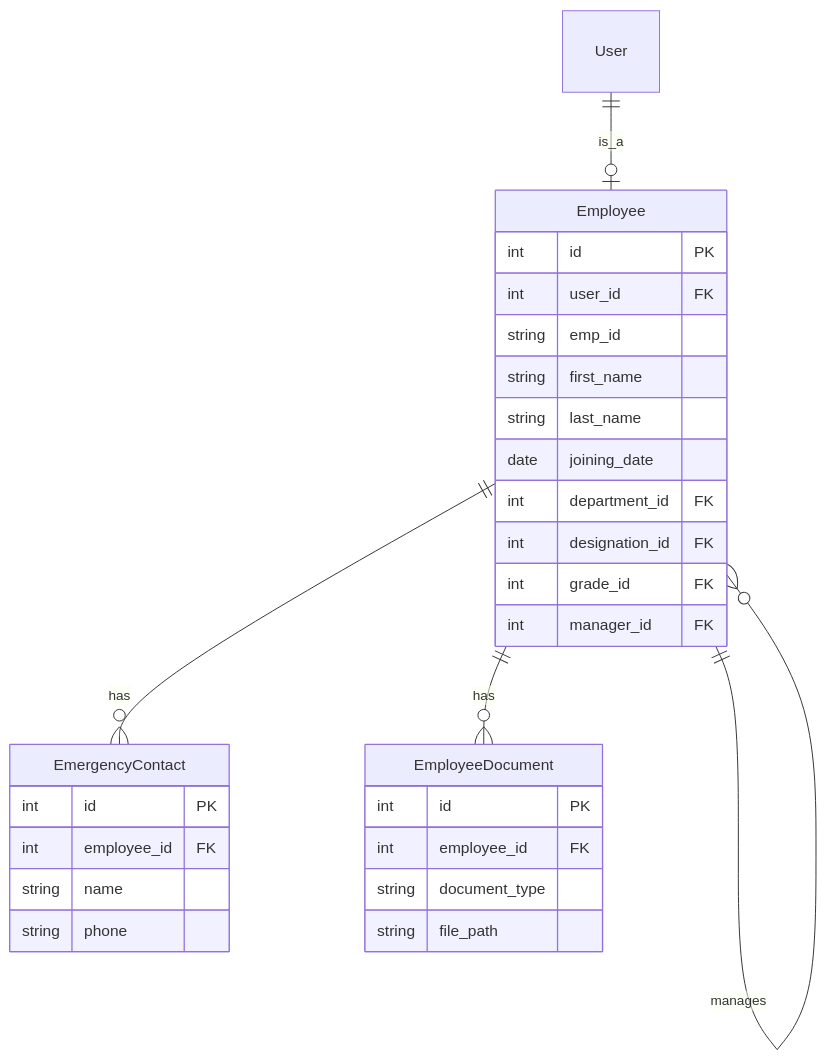
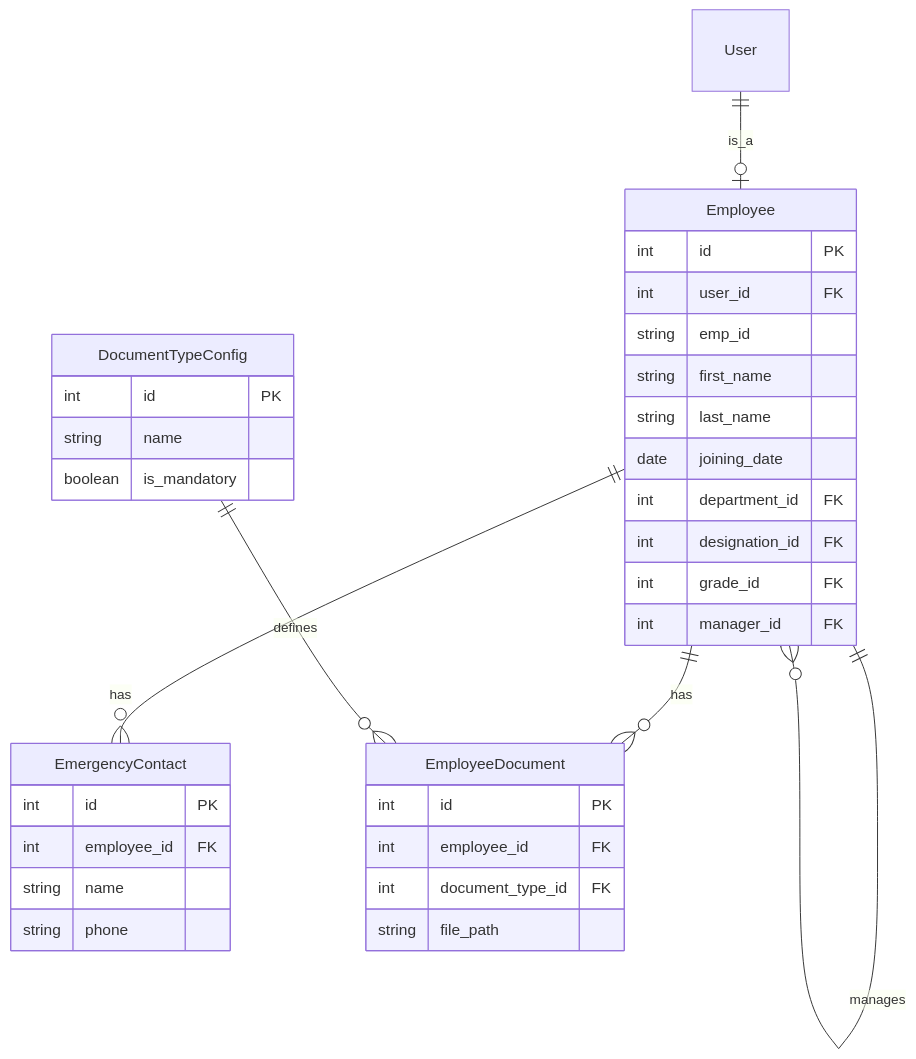
The second of 4 diagrams in DATABASE_DESIGN.md (ManonHaque/HR-and-Payroll-Management-System), drawn with Mermaid before and after one commit. The commit also changed other lines of this file, not shown here.

Commit message:
database_design.md updateated

````diff
--- a/DATABASE_DESIGN.md
+++ b/DATABASE_DESIGN.md
@@ -67,32 +69,38 @@
 ```mermaid
 erDiagram
     User ||--o| Employee : "is_a"
     Employee ||--o{ EmergencyContact : "has"
     Employee ||--o{ EmployeeDocument : "has"
     Employee ||--o{ Employee : "manages"
+    DocumentTypeConfig ||--o{ EmployeeDocument : "defines"
     
     Employee {
         int id PK
         int user_id FK
         string emp_id
         string first_name
         string last_name
         date joining_date
         int department_id FK
         int designation_id FK
         int grade_id FK
         int manager_id FK
     }
     EmergencyContact {
         int id PK
         int employee_id FK
         string name
         string phone
     }
+    DocumentTypeConfig {
+        int id PK
+        string name
+        boolean is_mandatory
+    }
     EmployeeDocument {
         int id PK
         int employee_id FK
-        string document_type
+        int document_type_id FK
         string file_path
     }
 ```
````
